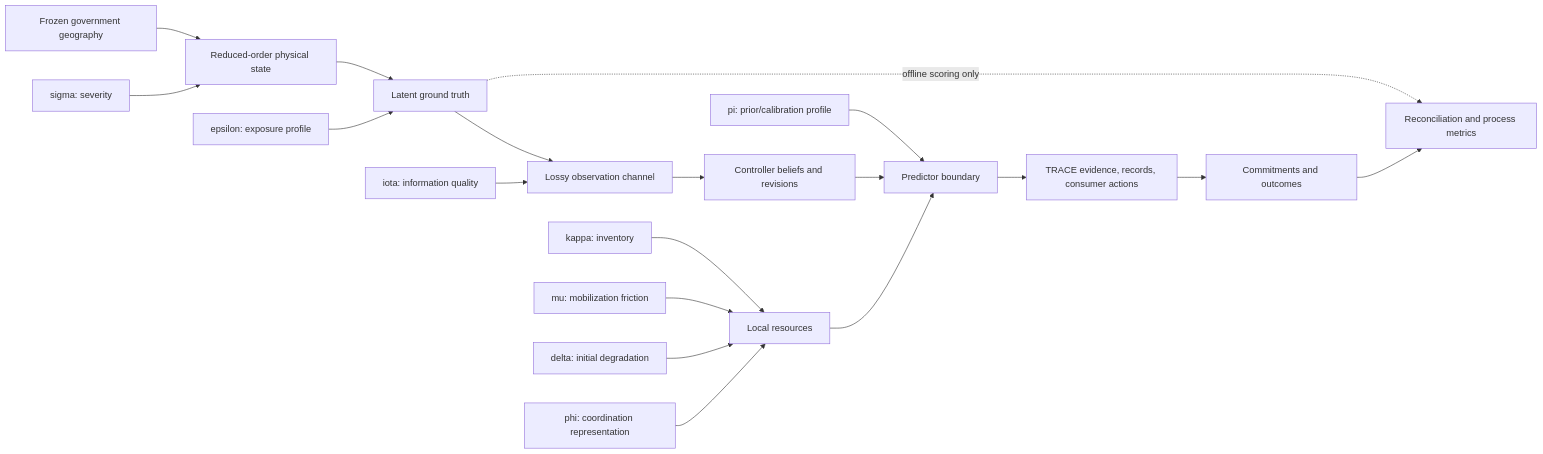
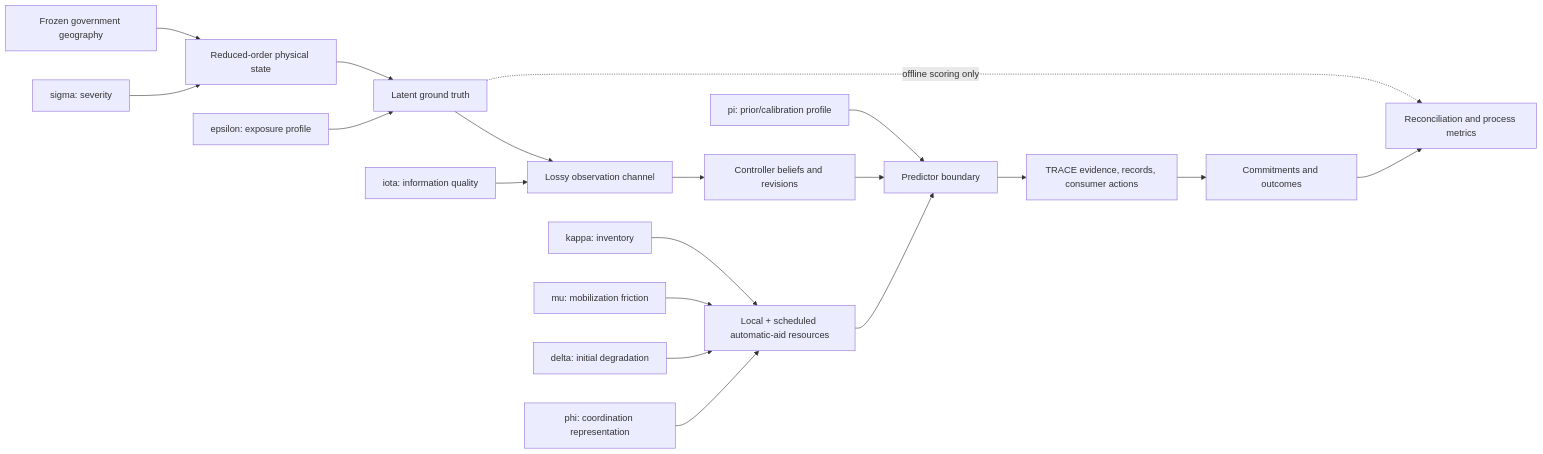
Before and after one commit to eyuchang/trace-worldmodel-flood-sar: the diagram in docs/delta/WF_DFLD_01_SMALL.md, drawn with Mermaid. The commit also changed other lines of this file and 33 other files, not shown here.

````diff
--- a/docs/delta/WF_DFLD_01_SMALL.md
+++ b/docs/delta/WF_DFLD_01_SMALL.md
@@ -39,21 +42,21 @@
 ```mermaid
 flowchart LR
     G["Frozen government geography"] --> P["Reduced-order physical state"]
     S["sigma: severity"] --> P
     P --> T["Latent ground truth"]
     E["epsilon: exposure profile"] --> T
     T --> O["Lossy observation channel"]
     I["iota: information quality"] --> O
     O --> B["Controller beliefs and revisions"]
-    K["kappa: inventory"] --> R["Local resources"]
+    K["kappa: inventory"] --> R["Local + scheduled automatic-aid resources"]
     M["mu: mobilization friction"] --> R
     D["delta: initial degradation"] --> R
     F["phi: coordination representation"] --> R
     PI["pi: prior/calibration profile"] --> W["Predictor boundary"]
     B --> W
     R --> W
     W --> TR["TRACE evidence, records, consumer actions"]
     TR --> C["Commitments and outcomes"]
     T -. "offline scoring only" .-> Q["Reconciliation and process metrics"]
     C --> Q
 ```
````
